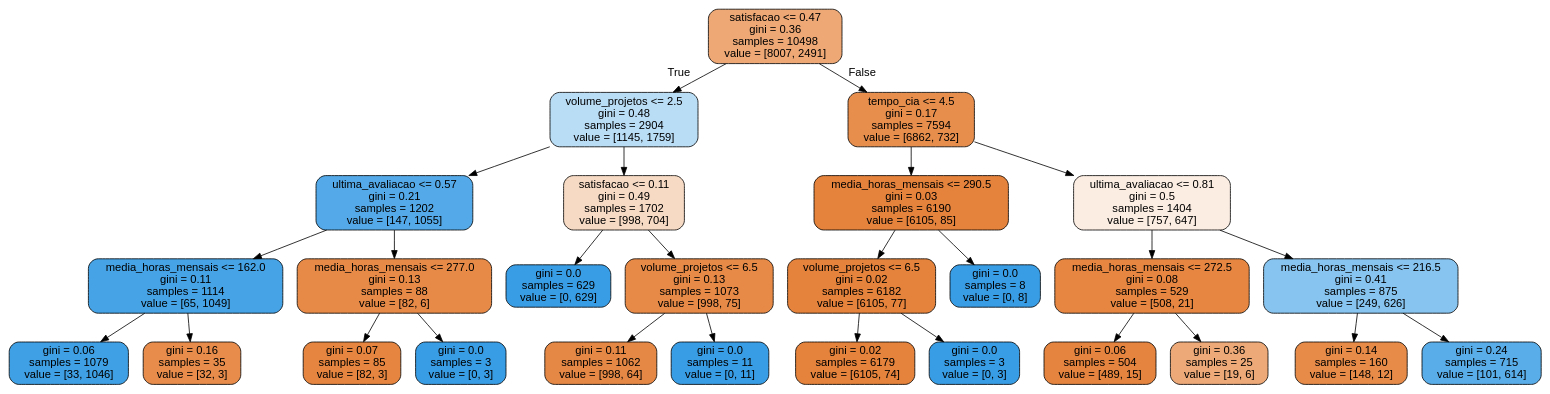
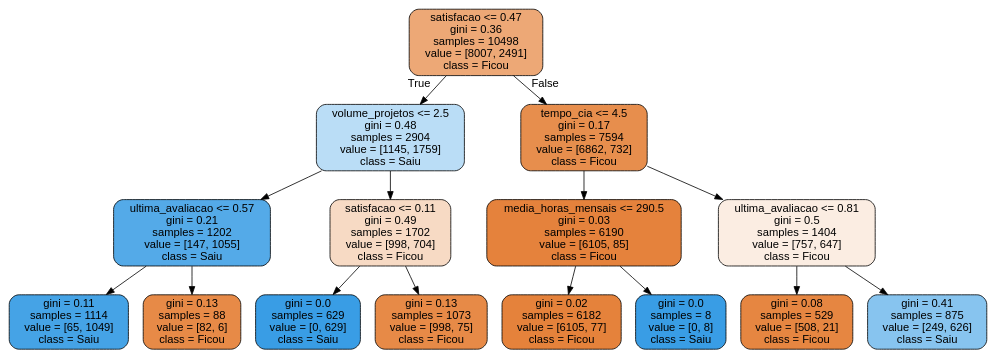
One commit to Rbiasuz/old_stuff changed the diagram in 1 Aulas Data Science/4 - Machine Learning/Trees/treeHR.dot. Above: the diagram before and after it, drawn with Graphviz. The commit also changed 12 other files, not shown here.

```diff
--- a/1 Aulas Data Science/4 - Machine Learning/Trees/treeHR.dot
+++ b/1 Aulas Data Science/4 - Machine Learning/Trees/treeHR.dot
@@ -1,57 +1,33 @@
 digraph Tree {
 node [shape=box, style="filled, rounded", color="black", fontname=helvetica] ;
 edge [fontname=helvetica] ;
-0 [label="satisfacao <= 0.47\ngini = 0.36\nsamples = 10498\nvalue = [8007, 2491]", fillcolor="#e58139b0"] ;
-1 [label="volume_projetos <= 2.5\ngini = 0.48\nsamples = 2904\nvalue = [1145, 1759]", fillcolor="#399de559"] ;
+0 [label="satisfacao <= 0.47\ngini = 0.36\nsamples = 10498\nvalue = [8007, 2491]\nclass = Ficou", fillcolor="#e58139b0"] ;
+1 [label="volume_projetos <= 2.5\ngini = 0.48\nsamples = 2904\nvalue = [1145, 1759]\nclass = Saiu", fillcolor="#399de559"] ;
 0 -> 1 [labeldistance=2.5, labelangle=45, headlabel="True"] ;
-2 [label="ultima_avaliacao <= 0.57\ngini = 0.21\nsamples = 1202\nvalue = [147, 1055]", fillcolor="#399de5db"] ;
+2 [label="ultima_avaliacao <= 0.57\ngini = 0.21\nsamples = 1202\nvalue = [147, 1055]\nclass = Saiu", fillcolor="#399de5db"] ;
 1 -> 2 ;
-3 [label="media_horas_mensais <= 162.0\ngini = 0.11\nsamples = 1114\nvalue = [65, 1049]", fillcolor="#399de5ef"] ;
+3 [label="gini = 0.11\nsamples = 1114\nvalue = [65, 1049]\nclass = Saiu", fillcolor="#399de5ef"] ;
 2 -> 3 ;
-4 [label="gini = 0.06\nsamples = 1079\nvalue = [33, 1046]", fillcolor="#399de5f7"] ;
-3 -> 4 ;
-5 [label="gini = 0.16\nsamples = 35\nvalue = [32, 3]", fillcolor="#e58139e7"] ;
-3 -> 5 ;
-6 [label="media_horas_mensais <= 277.0\ngini = 0.13\nsamples = 88\nvalue = [82, 6]", fillcolor="#e58139ec"] ;
-2 -> 6 ;
-7 [label="gini = 0.07\nsamples = 85\nvalue = [82, 3]", fillcolor="#e58139f6"] ;
-6 -> 7 ;
-8 [label="gini = 0.0\nsamples = 3\nvalue = [0, 3]", fillcolor="#399de5ff"] ;
-6 -> 8 ;
-9 [label="satisfacao <= 0.11\ngini = 0.49\nsamples = 1702\nvalue = [998, 704]", fillcolor="#e581394b"] ;
-1 -> 9 ;
-10 [label="gini = 0.0\nsamples = 629\nvalue = [0, 629]", fillcolor="#399de5ff"] ;
+4 [label="gini = 0.13\nsamples = 88\nvalue = [82, 6]\nclass = Ficou", fillcolor="#e58139ec"] ;
+2 -> 4 ;
+5 [label="satisfacao <= 0.11\ngini = 0.49\nsamples = 1702\nvalue = [998, 704]\nclass = Ficou", fillcolor="#e581394b"] ;
+1 -> 5 ;
+6 [label="gini = 0.0\nsamples = 629\nvalue = [0, 629]\nclass = Saiu", fillcolor="#399de5ff"] ;
+5 -> 6 ;
+7 [label="gini = 0.13\nsamples = 1073\nvalue = [998, 75]\nclass = Ficou", fillcolor="#e58139ec"] ;
+5 -> 7 ;
+8 [label="tempo_cia <= 4.5\ngini = 0.17\nsamples = 7594\nvalue = [6862, 732]\nclass = Ficou", fillcolor="#e58139e4"] ;
+0 -> 8 [labeldistance=2.5, labelangle=-45, headlabel="False"] ;
+9 [label="media_horas_mensais <= 290.5\ngini = 0.03\nsamples = 6190\nvalue = [6105, 85]\nclass = Ficou", fillcolor="#e58139fb"] ;
+8 -> 9 ;
+10 [label="gini = 0.02\nsamples = 6182\nvalue = [6105, 77]\nclass = Ficou", fillcolor="#e58139fc"] ;
 9 -> 10 ;
-11 [label="volume_projetos <= 6.5\ngini = 0.13\nsamples = 1073\nvalue = [998, 75]", fillcolor="#e58139ec"] ;
+11 [label="gini = 0.0\nsamples = 8\nvalue = [0, 8]\nclass = Saiu", fillcolor="#399de5ff"] ;
 9 -> 11 ;
-12 [label="gini = 0.11\nsamples = 1062\nvalue = [998, 64]", fillcolor="#e58139ef"] ;
-11 -> 12 ;
-13 [label="gini = 0.0\nsamples = 11\nvalue = [0, 11]", fillcolor="#399de5ff"] ;
-11 -> 13 ;
-14 [label="tempo_cia <= 4.5\ngini = 0.17\nsamples = 7594\nvalue = [6862, 732]", fillcolor="#e58139e4"] ;
-0 -> 14 [labeldistance=2.5, labelangle=-45, headlabel="False"] ;
-15 [label="media_horas_mensais <= 290.5\ngini = 0.03\nsamples = 6190\nvalue = [6105, 85]", fillcolor="#e58139fb"] ;
-14 -> 15 ;
-16 [label="volume_projetos <= 6.5\ngini = 0.02\nsamples = 6182\nvalue = [6105, 77]", fillcolor="#e58139fc"] ;
-15 -> 16 ;
-17 [label="gini = 0.02\nsamples = 6179\nvalue = [6105, 74]", fillcolor="#e58139fc"] ;
-16 -> 17 ;
-18 [label="gini = 0.0\nsamples = 3\nvalue = [0, 3]", fillcolor="#399de5ff"] ;
-16 -> 18 ;
-19 [label="gini = 0.0\nsamples = 8\nvalue = [0, 8]", fillcolor="#399de5ff"] ;
-15 -> 19 ;
-20 [label="ultima_avaliacao <= 0.81\ngini = 0.5\nsamples = 1404\nvalue = [757, 647]", fillcolor="#e5813925"] ;
-14 -> 20 ;
-21 [label="media_horas_mensais <= 272.5\ngini = 0.08\nsamples = 529\nvalue = [508, 21]", fillcolor="#e58139f4"] ;
-20 -> 21 ;
-22 [label="gini = 0.06\nsamples = 504\nvalue = [489, 15]", fillcolor="#e58139f7"] ;
-21 -> 22 ;
-23 [label="gini = 0.36\nsamples = 25\nvalue = [19, 6]", fillcolor="#e58139ae"] ;
-21 -> 23 ;
-24 [label="media_horas_mensais <= 216.5\ngini = 0.41\nsamples = 875\nvalue = [249, 626]", fillcolor="#399de59a"] ;
-20 -> 24 ;
-25 [label="gini = 0.14\nsamples = 160\nvalue = [148, 12]", fillcolor="#e58139ea"] ;
-24 -> 25 ;
-26 [label="gini = 0.24\nsamples = 715\nvalue = [101, 614]", fillcolor="#399de5d5"] ;
-24 -> 26 ;
+12 [label="ultima_avaliacao <= 0.81\ngini = 0.5\nsamples = 1404\nvalue = [757, 647]\nclass = Ficou", fillcolor="#e5813925"] ;
+8 -> 12 ;
+13 [label="gini = 0.08\nsamples = 529\nvalue = [508, 21]\nclass = Ficou", fillcolor="#e58139f4"] ;
+12 -> 13 ;
+14 [label="gini = 0.41\nsamples = 875\nvalue = [249, 626]\nclass = Saiu", fillcolor="#399de59a"] ;
+12 -> 14 ;
 }
```
